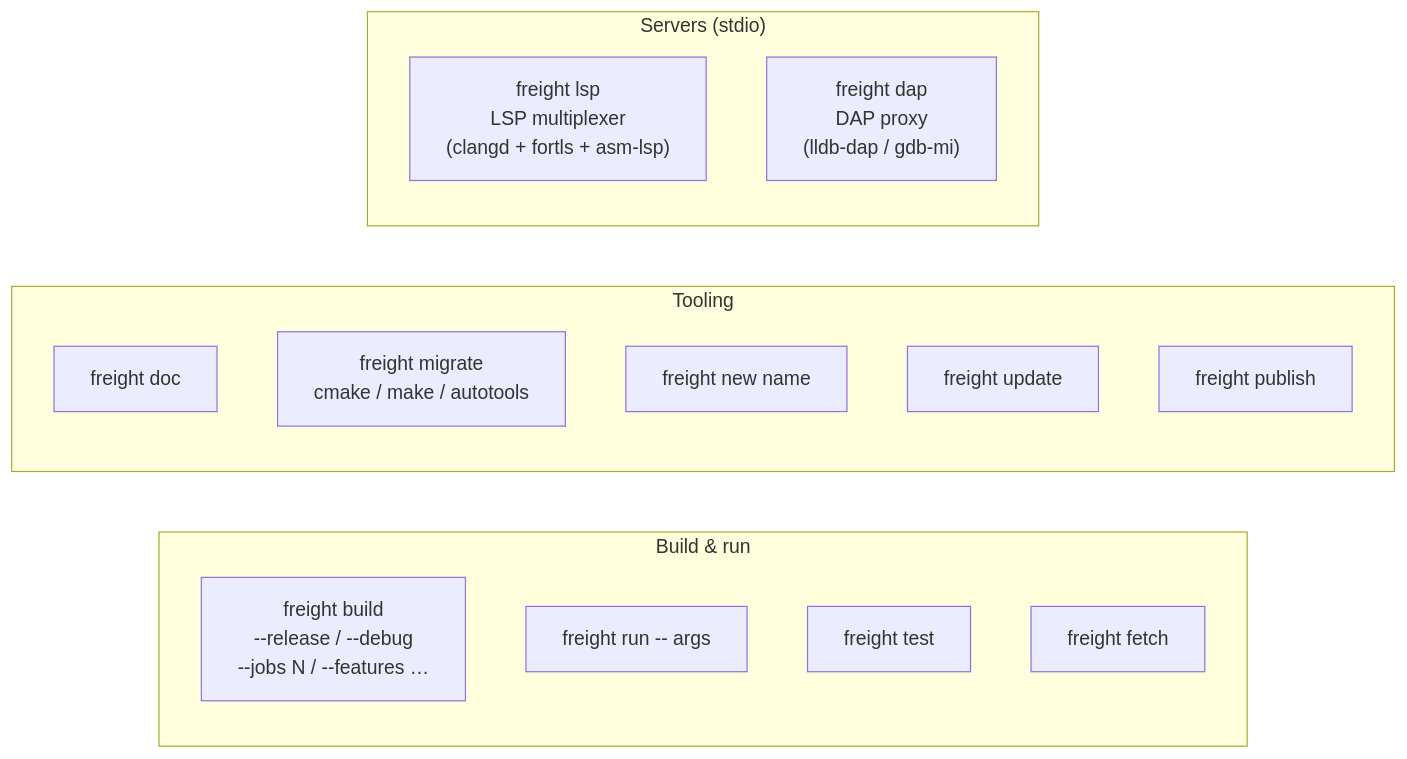
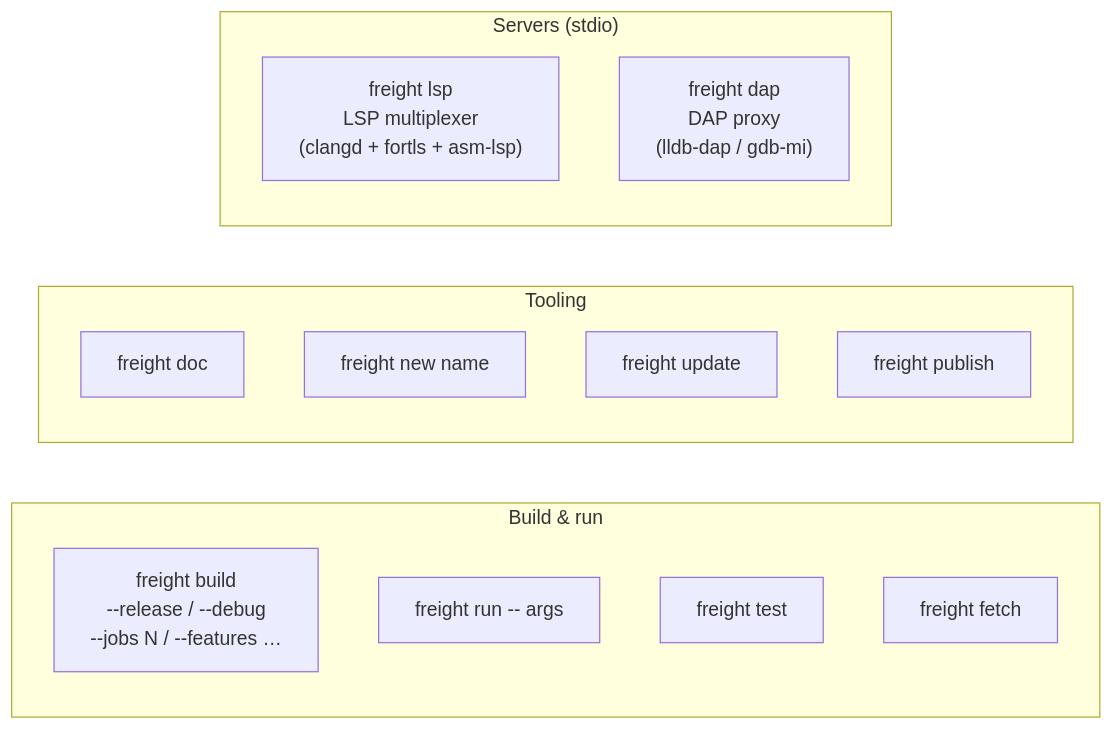
The third of 9 diagrams in docs/architecture.md (freight-app/Freight), drawn with Mermaid before and after one commit. The commit also changed other lines of this file and 21 other files, not shown here.

First line of the commit message:
feat!: remove the `type` dep field and `freight migrate`

````diff
--- a/docs/architecture.md
+++ b/docs/architecture.md
@@ -185,22 +184,21 @@
 ```mermaid
 flowchart LR
     subgraph Build["Build & run"]
         B["freight build\n--release / --debug\n--jobs N / --features …"]
         R["freight run -- args"]
         T["freight test"]
         F["freight fetch"]
     end
 
     subgraph Tools["Tooling"]
         D["freight doc"]
-        M["freight migrate\ncmake / make / autotools"]
         N["freight new name"]
         U["freight update"]
         P["freight publish"]
     end
 
     subgraph Servers["Servers (stdio)"]
         L["freight lsp\nLSP multiplexer\n(clangd + fortls + asm-lsp)"]
         DA["freight dap\nDAP proxy\n(lldb-dap / gdb-mi)"]
     end
 ```
````
